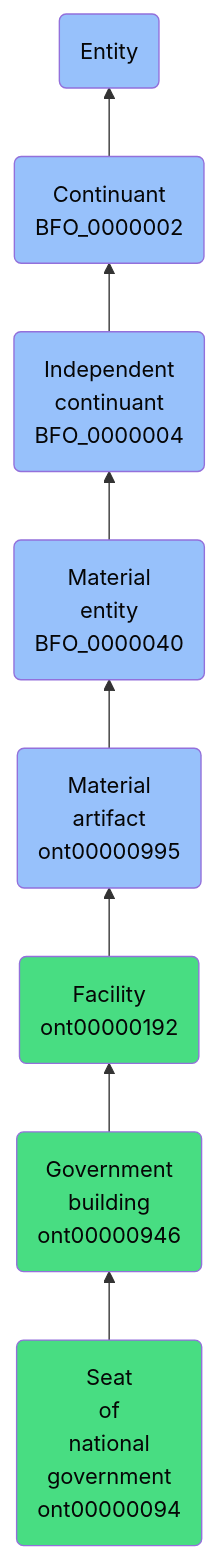
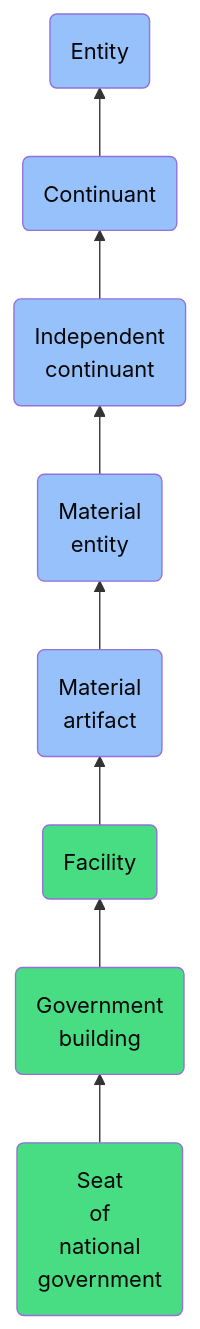
Before and after one commit to jupyter-naas/abi: the diagram in docs/ontology/reference/model/Entity/Continuant/Independent continuant/Material entity/Material artifact/Facility/Government building/Seat of national government/Seat of national government.md, drawn with Mermaid. The commit also changed other lines of this file and 1430 other files, not shown here.

````diff
--- a/docs/ontology/reference/model/Entity/Continuant/Independent continuant/Material entity/Material artifact/Facility/Government building/Seat of national government/Seat of national government.md
+++ b/docs/ontology/reference/model/Entity/Continuant/Independent continuant/Material entity/Material artifact/Facility/Government building/Seat of national government/Seat of national government.md
@@ -25,15 +25,15 @@
 ```mermaid
 graph BT
-    ont00000094(Seat<br>of<br>national<br>government<br>ont00000094):::ABI-->ont00000946
-    ont00000946(Government<br>building<br>ont00000946):::ABI-->ont00000192
-    ont00000192(Facility<br>ont00000192):::ABI-->ont00000995
-    ont00000995(Material<br>artifact<br>ont00000995):::BFO-->BFO_0000040
-    BFO_0000040(Material<br>entity<br>BFO_0000040):::BFO-->BFO_0000004
-    BFO_0000004(Independent<br>continuant<br>BFO_0000004):::BFO-->BFO_0000002
-    BFO_0000002(Continuant<br>BFO_0000002):::BFO-->BFO_0000001
+    ont00000094(Seat<br>of<br>national<br>government):::ABI-->ont00000946
+    ont00000946(Government<br>building):::ABI-->ont00000192
+    ont00000192(Facility):::ABI-->ont00000995
+    ont00000995(Material<br>artifact):::BFO-->BFO_0000040
+    BFO_0000040(Material<br>entity):::BFO-->BFO_0000004
+    BFO_0000004(Independent<br>continuant):::BFO-->BFO_0000002
+    BFO_0000002(Continuant):::BFO-->BFO_0000001
     BFO_0000001(Entity):::BFO
     
     classDef BFO fill:#97c1fb,color:#060606
     classDef CCO fill:#e4c51e,color:#060606
     classDef ABI fill:#48DD82,color:#060606
 ```
````
